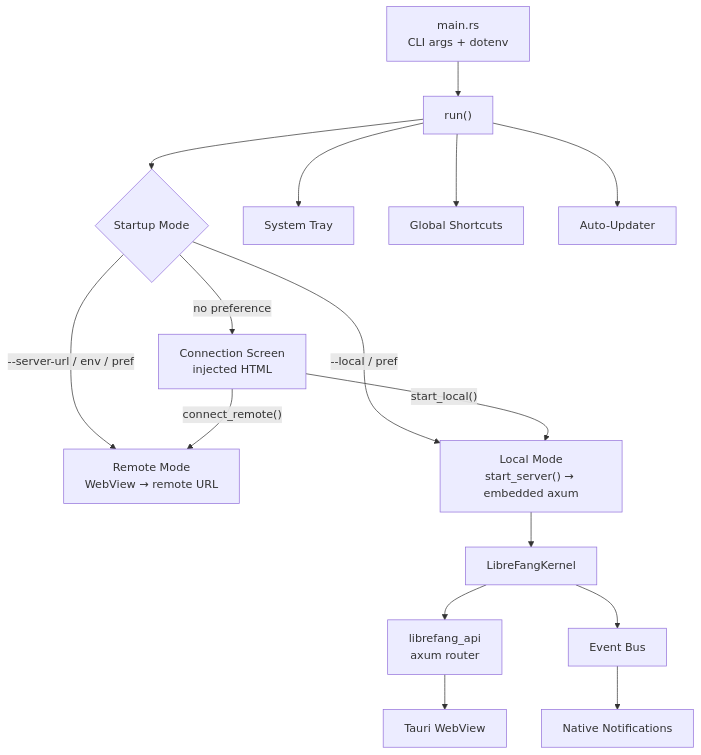
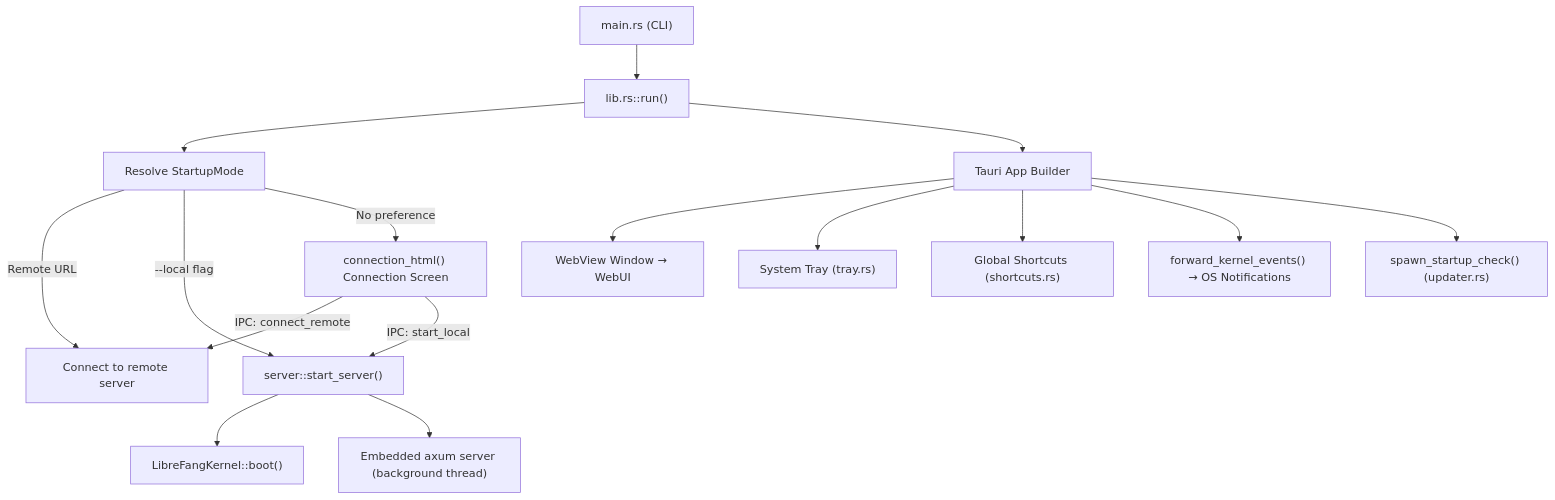
One commit to leszek3737/librefang-WIki changed the diagram in desktop-application.md. Above: the diagram before and after it, drawn with Mermaid. The commit also changed other lines of this file and 98 other files, not shown here.

````diff
--- a/desktop-application.md
+++ b/desktop-application.md
@@ -9,20 +11,21 @@
 ```mermaid
 graph TD
-    CLI["main.rs<br/>CLI args + dotenv"] --> RUN["run()"]
-    RUN --> MODE{Startup Mode}
-    MODE -->|"--server-url / env / pref"| REMOTE["Remote Mode<br/>WebView → remote URL"]
-    MODE -->|"--local / pref"| LOCAL["Local Mode<br/>start_server() → embedded axum"]
-    MODE -->|"no preference"| CONN["Connection Screen<br/>injected HTML"]
-    CONN -->|"connect_remote()"| REMOTE
-    CONN -->|"start_local()"| LOCAL
+    CLI["main.rs (CLI)"] --> Run["lib.rs::run()"]
+    Run --> ModeRes["Resolve StartupMode"]
+    ModeRes -->|Remote URL| Remote["Connect to remote server"]
+    ModeRes -->|--local flag| LocalBoot["server::start_server()"]
+    ModeRes -->|No preference| ConnScreen["connection_html() Connection Screen"]
 
-    LOCAL --> KERNEL["LibreFangKernel"]
-    KERNEL --> API["librefang_api<br/>axum router"]
-    API --> WEBVIEW["Tauri WebView"]
+    LocalBoot --> Kernel["LibreFangKernel::boot()"]
+    LocalBoot --> Axum["Embedded axum server (background thread)"]
 
-    RUN --> TRAY["System Tray"]
-    RUN --> SHORTCUTS["Global Shortcuts"]
-    RUN --> UPDATER["Auto-Updater"]
-    KERNEL --> EVENTS["Event Bus"]
-    EVENTS --> NOTIFS["Native Notifications"]
+    Run --> TauriApp["Tauri App Builder"]
+    TauriApp --> WebView["WebView Window → WebUI"]
+    TauriApp --> Tray["System Tray (tray.rs)"]
+    TauriApp --> Shortcuts["Global Shortcuts (shortcuts.rs)"]
+    TauriApp --> Notifs["forward_kernel_events() → OS Notifications"]
+    TauriApp --> Updater["spawn_startup_check() (updater.rs)"]
+
+    ConnScreen -->|IPC: connect_remote| Remote
+    ConnScreen -->|IPC: start_local| LocalBoot
 ```
````
